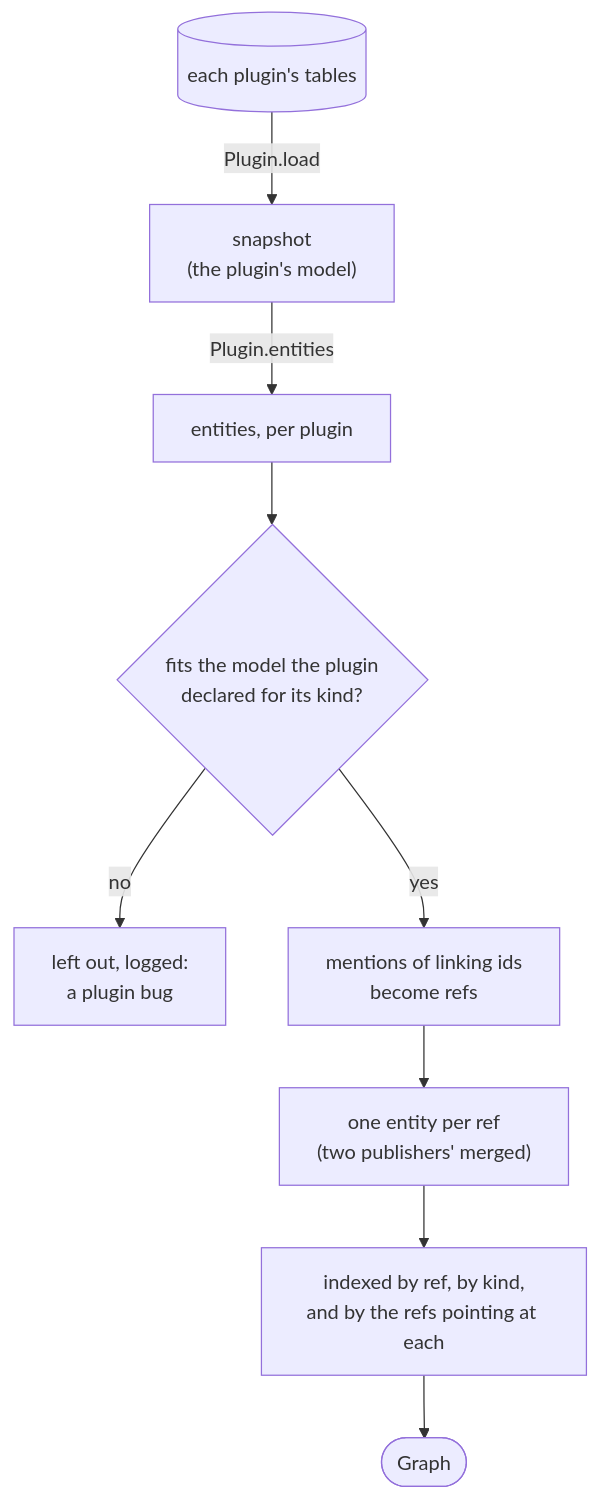
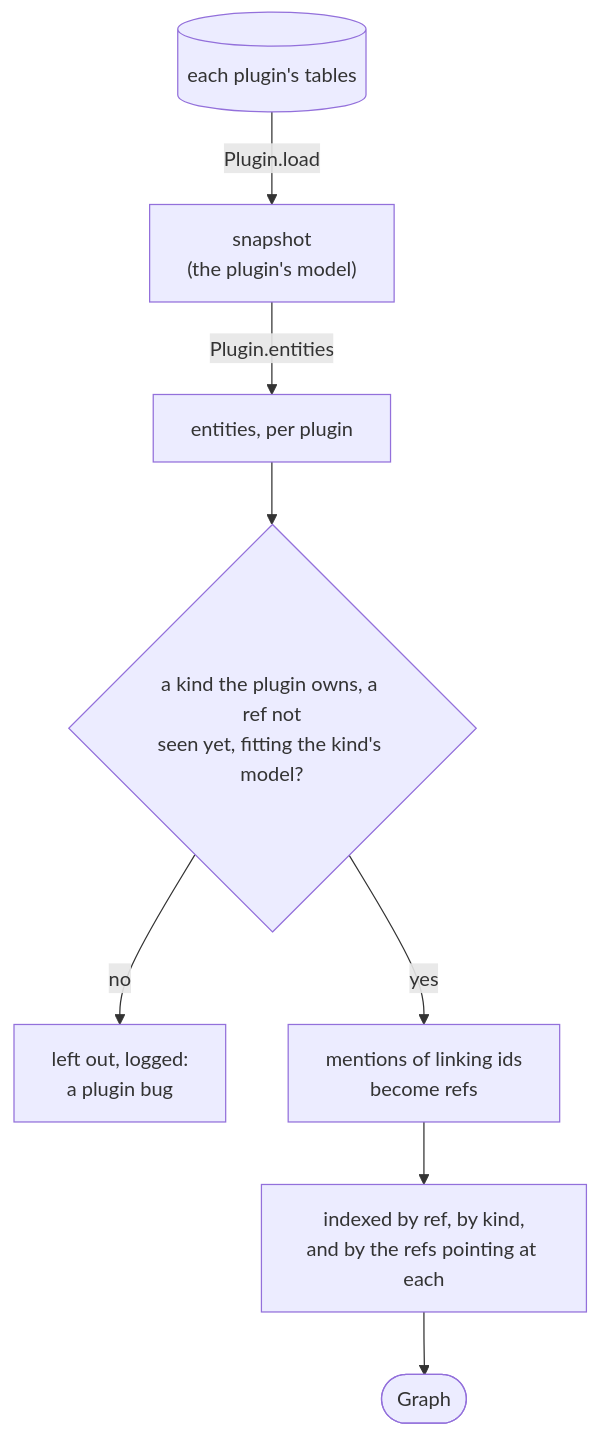
Before and after one commit to benekastah/move-forward: the second of 4 diagrams in docs/graph.md, drawn with Mermaid. The commit also changed other lines of this file and 6 other files, not shown here.

First line of the commit message:
Enforce one publisher per kind instead of merging refs

````diff
--- a/docs/graph.md
+++ b/docs/graph.md
@@ -52,11 +52,10 @@
 ```mermaid
 flowchart TB
     tables[("each plugin's tables")] -->|"Plugin.load"| snapshot["snapshot<br/>(the plugin's model)"]
     snapshot -->|"Plugin.entities"| published["entities, per plugin"]
-    published --> check{"fits the model the plugin<br/>declared for its kind?"}
+    published --> check{"a kind the plugin owns, a ref not<br/>seen yet, fitting the kind's model?"}
     check -->|no| dropped["left out, logged:<br/>a plugin bug"]
     check -->|yes| mentions["mentions of linking ids<br/>become refs"]
-    mentions --> merge["one entity per ref<br/>(two publishers' merged)"]
-    merge --> index["indexed by ref, by kind,<br/>and by the refs pointing at each"]
+    mentions --> index["indexed by ref, by kind,<br/>and by the refs pointing at each"]
     index --> built(["Graph"])
 ```
````
